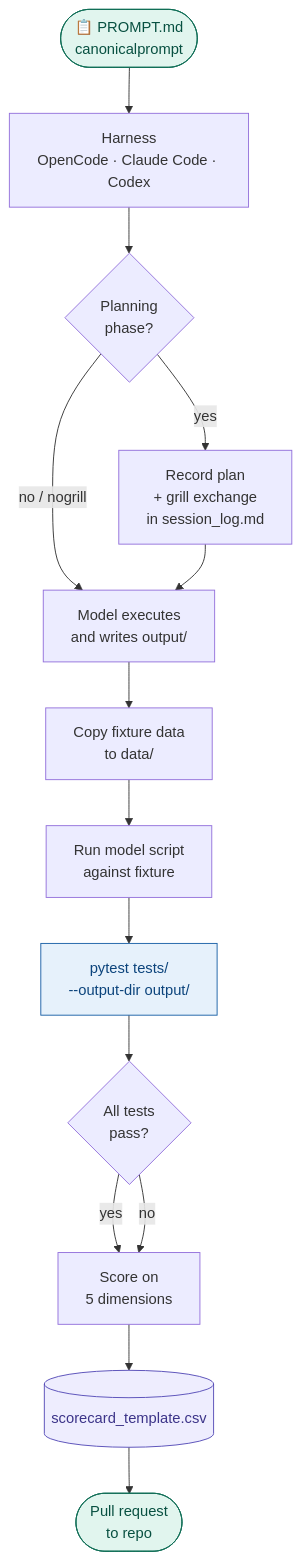
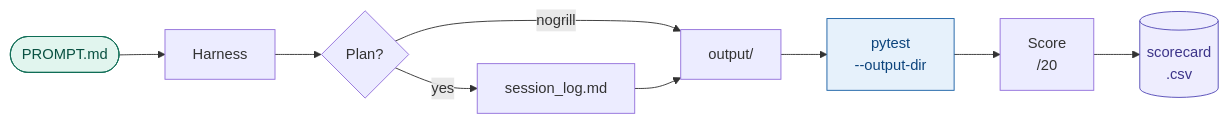
One commit to JamesZlosnik/pathogen-genomics-llm-bench changed the diagram in README.md. Above: the diagram before and after it, drawn with Mermaid. The commit also changed other lines of this file and 29 other files, not shown here.

````diff
--- a/README.md
+++ b/README.md
@@ -73,21 +71,18 @@
 ```mermaid
-flowchart TD
-    A([📋 PROMPT.md\ncanonicalprompt]) --> B[Harness\nOpenCode · Claude Code · Codex]
-    B --> C{Planning\nphase?}
-    C -- yes --> D[Record plan\n+ grill exchange\nin session_log.md]
-    C -- no / nogrill --> E
-    D --> E[Model executes\nand writes output/]
-    E --> F[Copy fixture data\nto data/]
-    F --> G[Run model script\nagainst fixture]
-    G --> H[pytest tests/\n--output-dir output/]
-    H --> I{All tests\npass?}
-    I -- yes --> J[Score on\n5 dimensions]
-    I -- no --> J
-    J --> K[(scorecard_template.csv)]
-    K --> L([Pull request\nto repo])
+flowchart LR
+    A([PROMPT.md]) --> B[Harness]
+    B --> C{Plan?}
+    C -- yes --> D[session_log.md]
+    C -- nogrill --> E
+    D --> E[output/]
+    E --> F[pytest
+--output-dir]
+    F --> G[Score
+/20]
+    G --> H[(scorecard
+.csv)]
 
     style A fill:#E1F5EE,stroke:#0F6E56,color:#085041
-    style L fill:#E1F5EE,stroke:#0F6E56,color:#085041
-    style H fill:#E6F1FB,stroke:#185FA5,color:#0C447C
-    style K fill:#EEEDFE,stroke:#534AB7,color:#3C3489
+    style H fill:#EEEDFE,stroke:#534AB7,color:#3C3489
+    style F fill:#E6F1FB,stroke:#185FA5,color:#0C447C
 ```
````
